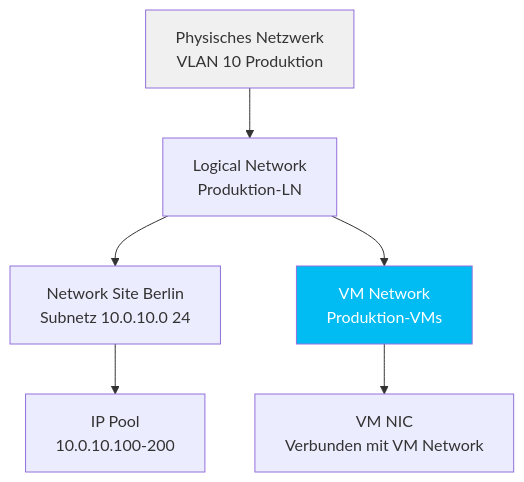
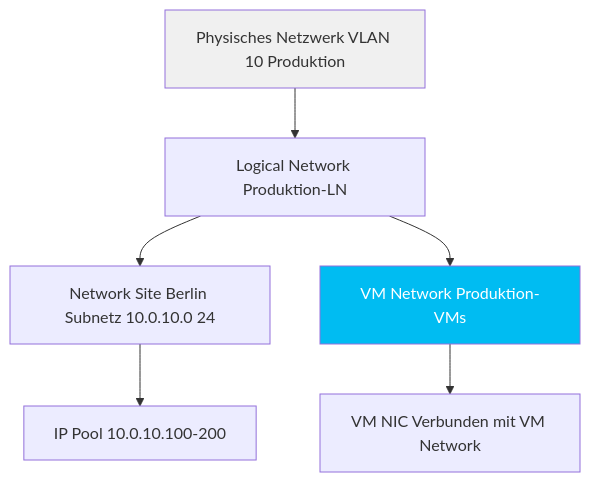
The third of 4 diagrams in Microsoft 365/System Center/SCVMM Grundlagen.md (SoniiiT/notes-n-docs), drawn with Mermaid before and after one commit. The commit also changed other lines of this file and 124 other files, not shown here.

First line of the commit message:
fix: Entferne \n aus allen Mermaid-Diagrammen (125 Dateien)

````diff
--- a/Microsoft 365/System Center/SCVMM Grundlagen.md
+++ b/Microsoft 365/System Center/SCVMM Grundlagen.md
@@ -175,11 +175,11 @@
 ```mermaid
 graph TD
-    PHY[Physisches Netzwerk\nVLAN 10 Produktion] --> LN[Logical Network\nProduktion-LN]
-    LN --> NS[Network Site Berlin\nSubnetz 10.0.10.0 24]
-    NS --> IP[IP Pool\n10.0.10.100-200]
-    LN --> VMN[VM Network\nProduktion-VMs]
-    VMN --> VNIC[VM NIC\nVerbunden mit VM Network]
+    PHY[Physisches Netzwerk VLAN 10 Produktion] --> LN[Logical Network Produktion-LN]
+    LN --> NS[Network Site Berlin Subnetz 10.0.10.0 24]
+    NS --> IP[IP Pool 10.0.10.100-200]
+    LN --> VMN[VM Network Produktion-VMs]
+    VMN --> VNIC[VM NIC Verbunden mit VM Network]
 
     style PHY fill:#f0f0f0
     style VMN fill:#00BCF2,color:#fff
 ```
````
